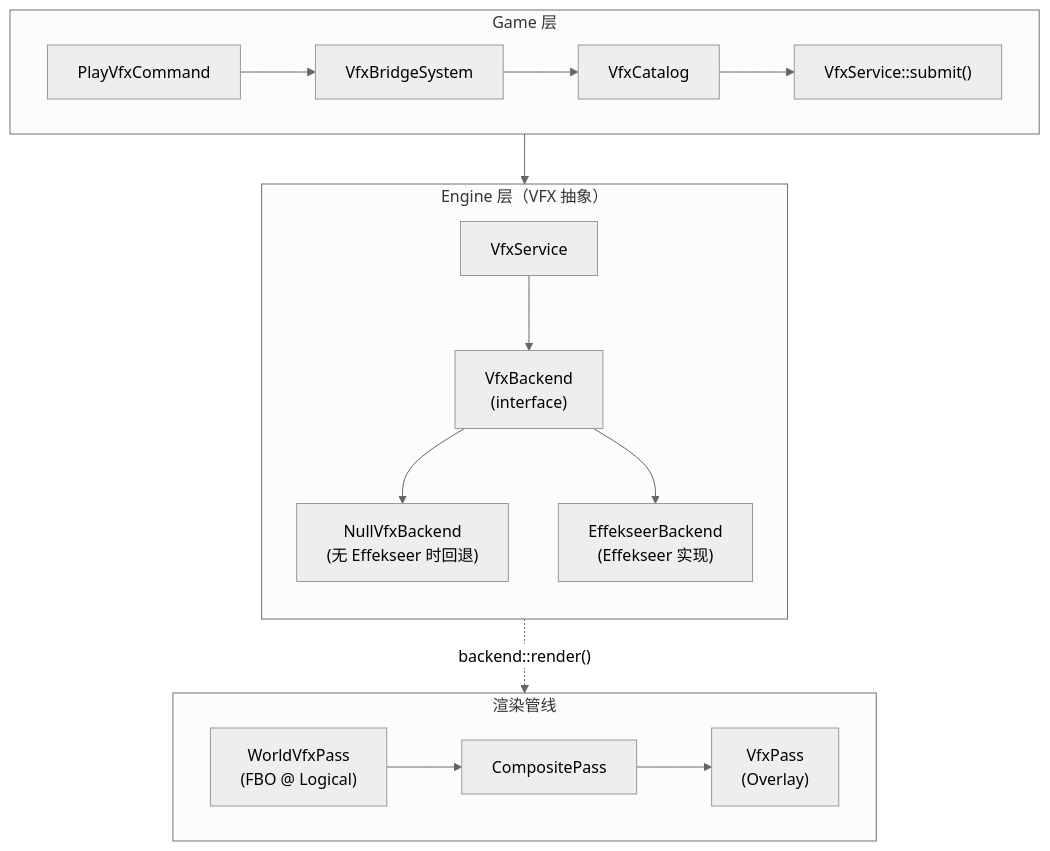
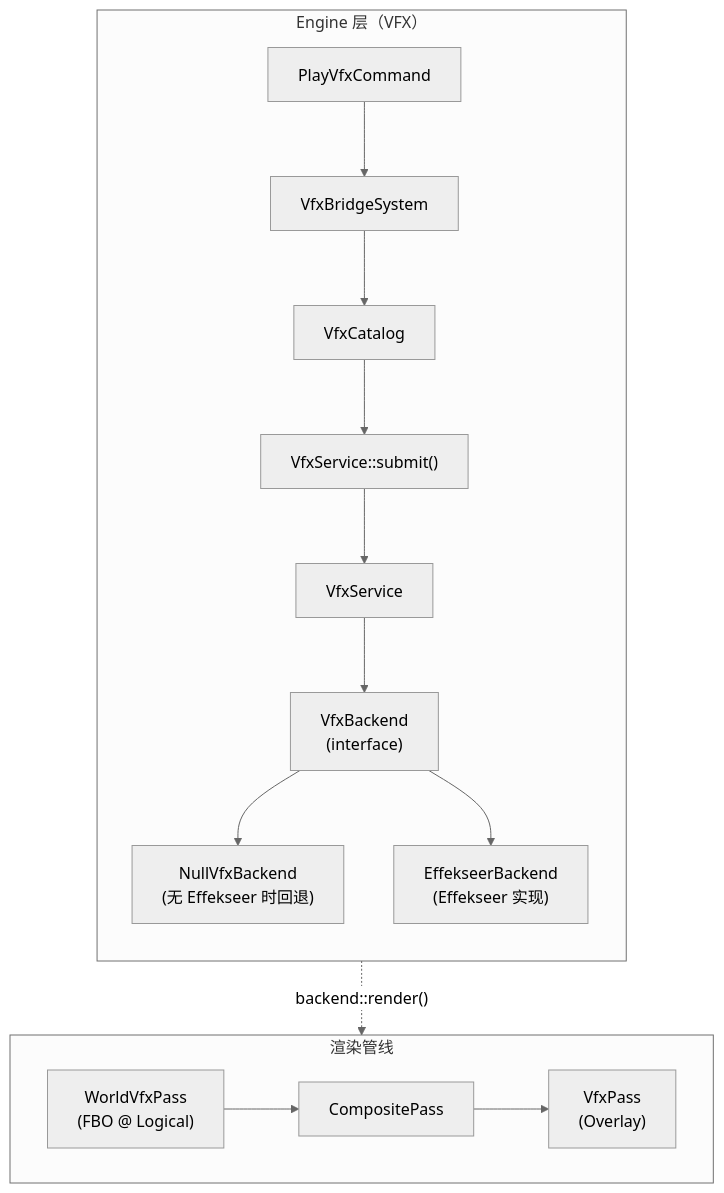
One commit to WispSnow/TinyFarmRPG changed the first of 13 diagrams in docs/engine/vfx_and_effekseer.md. Above: the diagram before and after it, drawn with Mermaid (neutral theme). The commit also changed other lines of this file and 16 other files, not shown here.

First line of the commit message:
refactor: move VfxBridgeSystem/VfxCatalog/PlayVfxCommand to engine::vfx

````diff
--- a/docs/engine/vfx_and_effekseer.md
+++ b/docs/engine/vfx_and_effekseer.md
@@ -11,25 +11,21 @@
 ```mermaid
 flowchart TD
-    subgraph GAME["Game 层"]
-        direction LR
+    subgraph ENGINE["Engine 层（VFX）"]
+        direction TB
         PC["PlayVfxCommand"] --> VBS["VfxBridgeSystem"]
         VBS --> VC["VfxCatalog"]
         VC --> VSS["VfxService::submit()"]
-    end
-
-    subgraph ENGINE["Engine 层（VFX 抽象）"]
-        direction TB
-        VS["VfxService"] --> VB["VfxBackend<br/>(interface)"]
+        VSS --> VS["VfxService"]
+        VS --> VB["VfxBackend<br/>(interface)"]
         VB --> NVB["NullVfxBackend<br/>(无 Effekseer 时回退)"]
         VB --> EVB["EffekseerBackend<br/>(Effekseer 实现)"]
     end
 
     subgraph RENDER["渲染管线"]
         direction LR
         WVP["WorldVfxPass<br/>(FBO @ Logical)"] --> CP["CompositePass"]
         CP --> VP["VfxPass<br/>(Overlay)"]
     end
 
-    VSS --> VS
     EVB -. "backend::render()" .-> WVP
 ```
````
